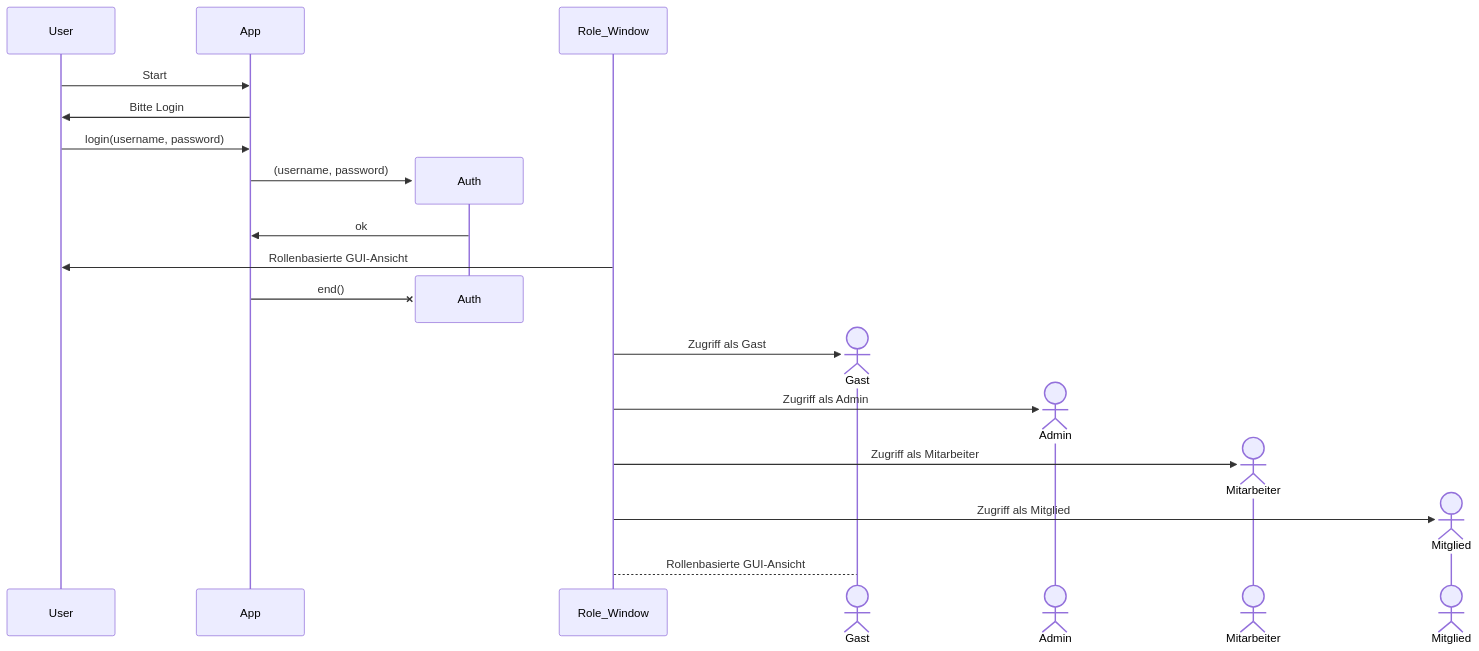
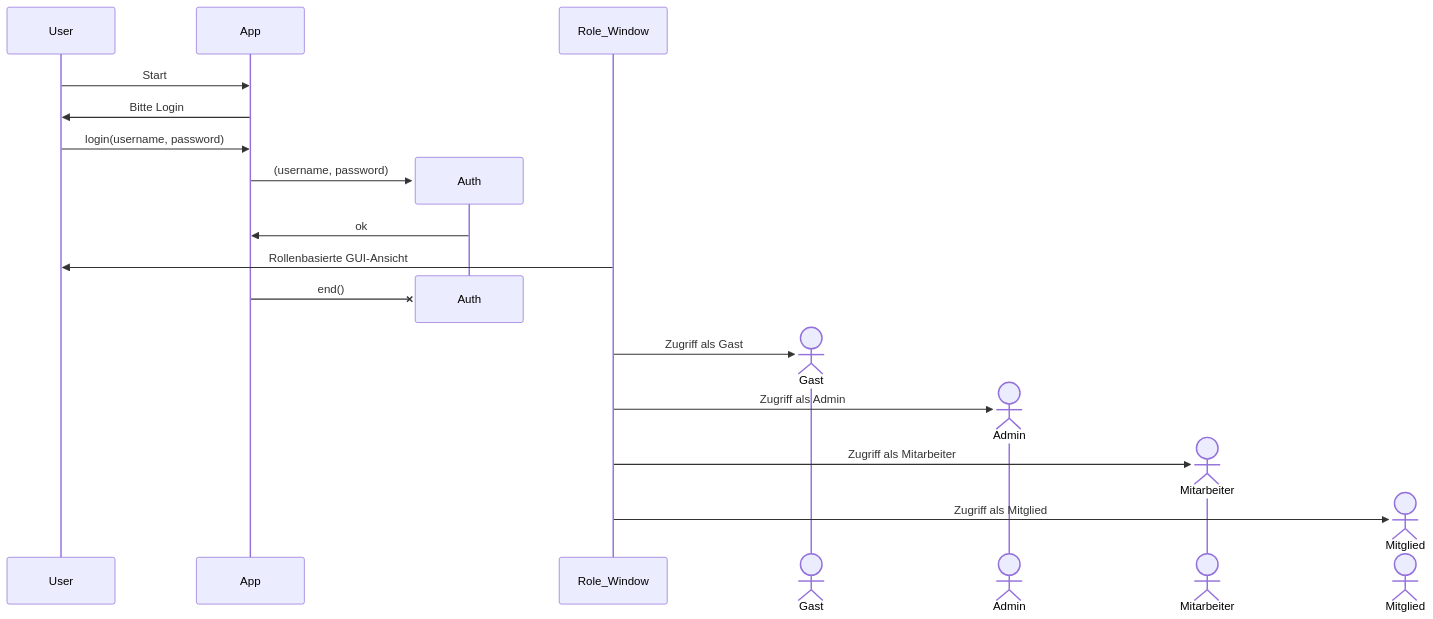
One commit to icewomen-hub/customer_calendar changed the first of 3 diagrams in src/tech_doc.md. Above: the diagram before and after it, drawn with Mermaid.

Commit message:
Extending technical doq

````diff
--- a/src/tech_doc.md
+++ b/src/tech_doc.md
@@ -2,24 +2,24 @@
 ```mermaid
 sequenceDiagram
     User->>App: Start # Start der Applikation
     App->>User: Bitte Login
     User->>App: login(username, password)
     create participant Auth
     App->>Auth: (username, password)
     Auth->>App: ok
     Role_Window->>User: Rollenbasierte GUI-Ansicht
     destroy Auth
     App-xAuth: end()
     
     create actor G as Gast
     Role_Window->>G: Zugriff als Gast
     create actor A as Admin
     Role_Window->>A: Zugriff als Admin
     create actor S as Mitarbeiter
     Role_Window->>S: Zugriff als Mitarbeiter
     create actor M as Mitglied
     Role_Window->>M: Zugriff als Mitglied
 
     
-    Role_Window-->G: Rollenbasierte GUI-Ansicht
+    
 ```
````
